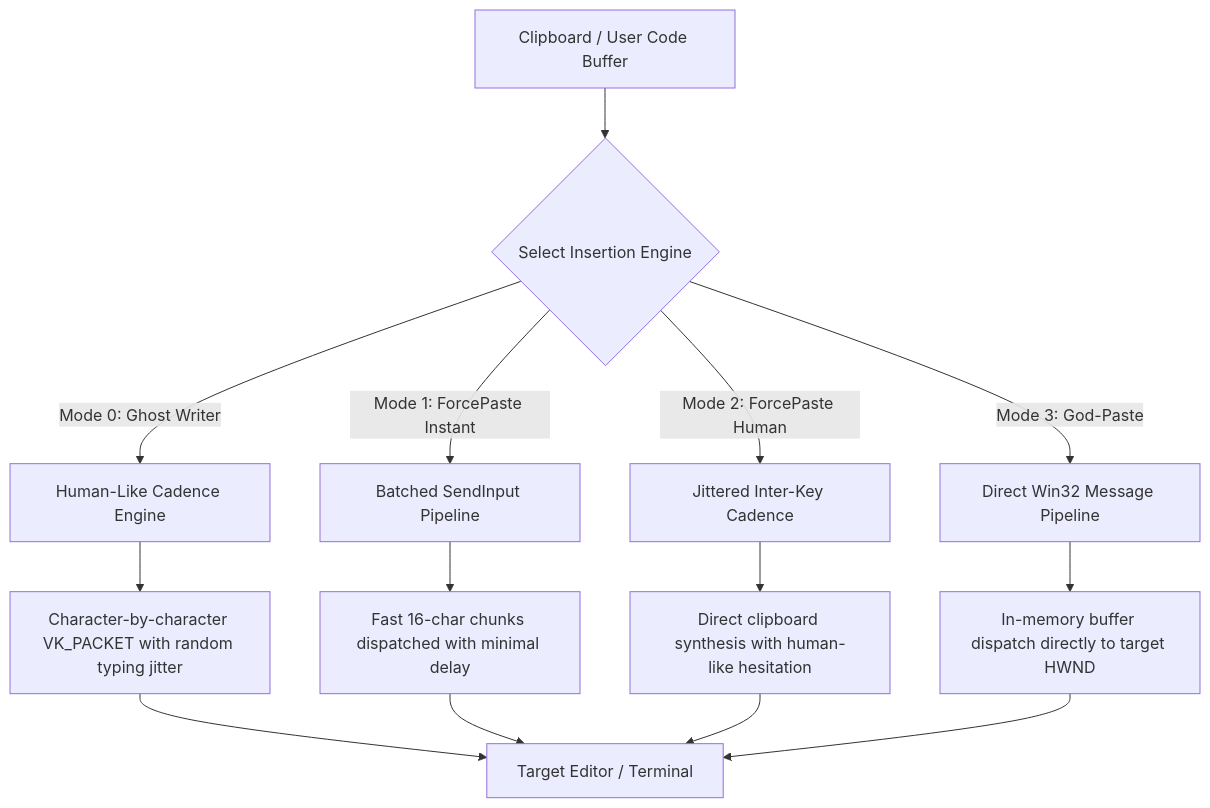
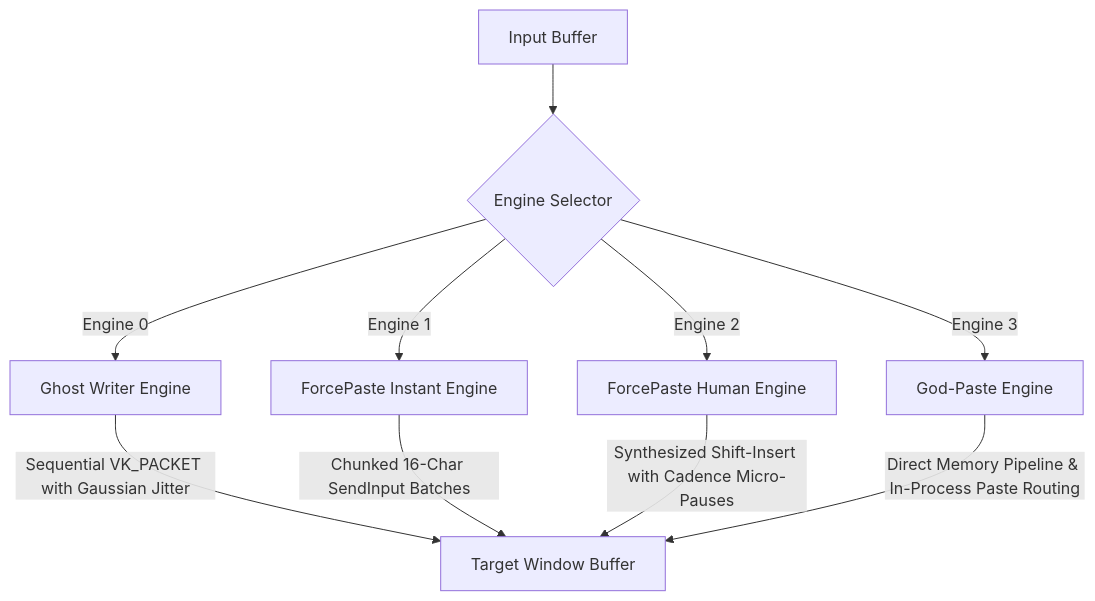
One commit to SriramGandhiS/cronqai changed the diagram in README.md. Above: the diagram before and after it, drawn with Mermaid. The commit also changed other lines of this file, not shown here.

````diff
--- a/README.md
+++ b/README.md
@@ -57,19 +72,14 @@
 ```mermaid
 flowchart TD
-    A[Clipboard / User Code Buffer] --> B{Select Insertion Engine}
-    
-    B -->|Mode 0: Ghost Writer| C[Human-Like Cadence Engine]
-    B -->|Mode 1: ForcePaste Instant| D[Batched SendInput Pipeline]
-    B -->|Mode 2: ForcePaste Human| E[Jittered Inter-Key Cadence]
-    B -->|Mode 3: God-Paste| F[Direct Win32 Message Pipeline]
-    
-    C --> G[Character-by-character VK_PACKET with random typing jitter]
-    D --> H[Fast 16-char chunks dispatched with minimal delay]
-    E --> I[Direct clipboard synthesis with human-like hesitation]
-    F --> J[In-memory buffer dispatch directly to target HWND]
-    
-    G --> K[Target Editor / Terminal]
-    H --> K
-    I --> K
-    J --> K
+    Buffer[Input Buffer] --> EngineRouter{Engine Selector}
+
+    EngineRouter -->|Engine 0| GW[Ghost Writer Engine]
+    EngineRouter -->|Engine 1| FPI[ForcePaste Instant Engine]
+    EngineRouter -->|Engine 2| FPH[ForcePaste Human Engine]
+    EngineRouter -->|Engine 3| GP[God-Paste Engine]
+
+    GW -->|Sequential VK_PACKET with Gaussian Jitter| Target[Target Window Buffer]
+    FPI -->|Chunked 16-Char SendInput Batches| Target
+    FPH -->|Synthesized Shift-Insert with Cadence Micro-Pauses| Target
+    GP -->|Direct Memory Pipeline & In-Process Paste Routing| Target
 ```
````
